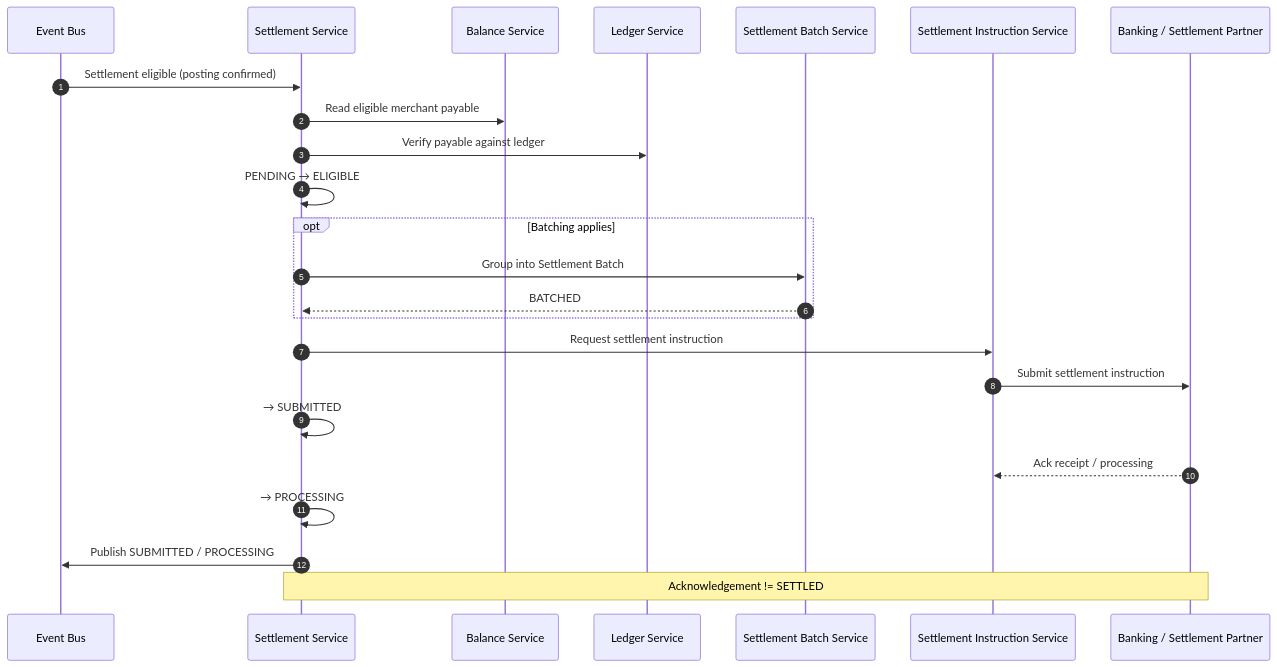
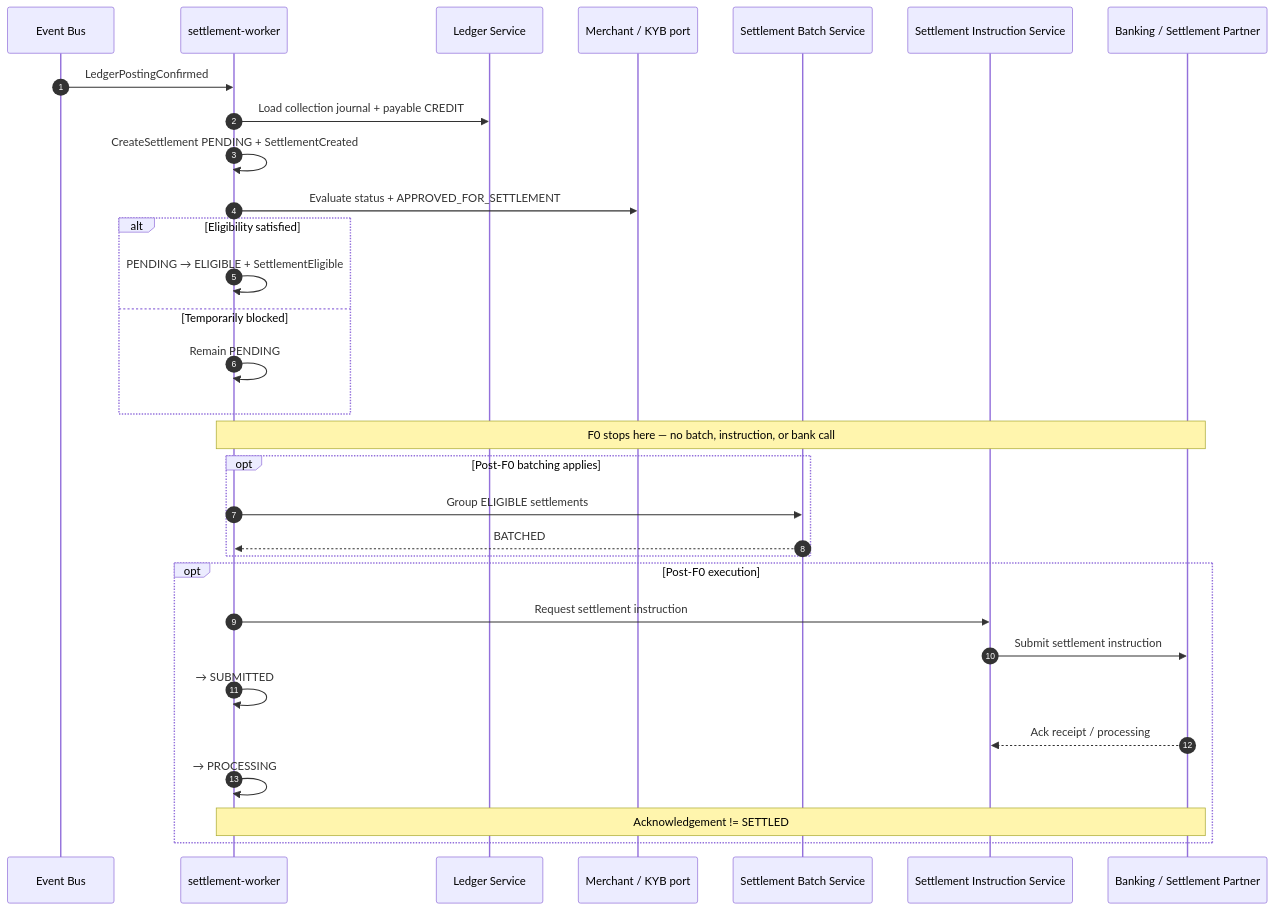
One commit to MR0808/sparelane-architecture changed the diagram in docs/design/money/merchant-settlement.md. Above: the diagram before and after it, drawn with Mermaid. The commit also changed other lines of this file and 42 other files, not shown here.

Commit message:
Accept ADR-027 settlement obligation and eligibility policy

````diff
--- a/docs/design/money/merchant-settlement.md
+++ b/docs/design/money/merchant-settlement.md
@@ -38,30 +42,37 @@
 ```mermaid
 sequenceDiagram
     autonumber
     participant Bus as Event Bus
-    participant SS as Settlement Service
-    participant Bal as Balance Service
+    participant SW as settlement-worker
     participant Led as Ledger Service
+    participant Mer as Merchant / KYB port
     participant Batch as Settlement Batch Service
     participant Inst as Settlement Instruction Service
     participant Bank as Banking / Settlement Partner
 
-    Bus->>SS: Settlement eligible (posting confirmed)
-    SS->>Bal: Read eligible merchant payable
-    SS->>Led: Verify payable against ledger
-    SS->>SS: PENDING → ELIGIBLE
-
-    opt Batching applies
-        SS->>Batch: Group into Settlement Batch
-        Batch-->>SS: BATCHED
+    Bus->>SW: LedgerPostingConfirmed
+    SW->>Led: Load collection journal + payable CREDIT
+    SW->>SW: CreateSettlement PENDING + SettlementCreated
+    SW->>Mer: Evaluate status + APPROVED_FOR_SETTLEMENT
+    alt Eligibility satisfied
+        SW->>SW: PENDING → ELIGIBLE + SettlementEligible
+    else Temporarily blocked
+        SW->>SW: Remain PENDING
     end
 
-    SS->>Inst: Request settlement instruction
-    Inst->>Bank: Submit settlement instruction
-    SS->>SS: → SUBMITTED
-    Bank-->>Inst: Ack receipt / processing
-    SS->>SS: → PROCESSING
-    SS->>Bus: Publish SUBMITTED / PROCESSING
+    Note over SW,Bank: F0 stops here — no batch, instruction, or bank call
 
-    Note over SS,Bank: Acknowledgement != SETTLED
+    opt Post-F0 batching applies
+        SW->>Batch: Group ELIGIBLE settlements
+        Batch-->>SW: BATCHED
+    end
+
+    opt Post-F0 execution
+        SW->>Inst: Request settlement instruction
+        Inst->>Bank: Submit settlement instruction
+        SW->>SW: → SUBMITTED
+        Bank-->>Inst: Ack receipt / processing
+        SW->>SW: → PROCESSING
+        Note over SW,Bank: Acknowledgement != SETTLED
+    end
 ```
````
